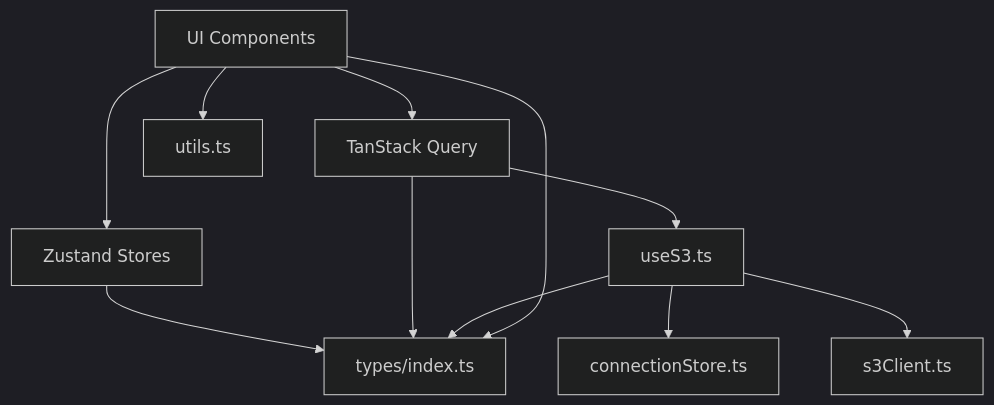
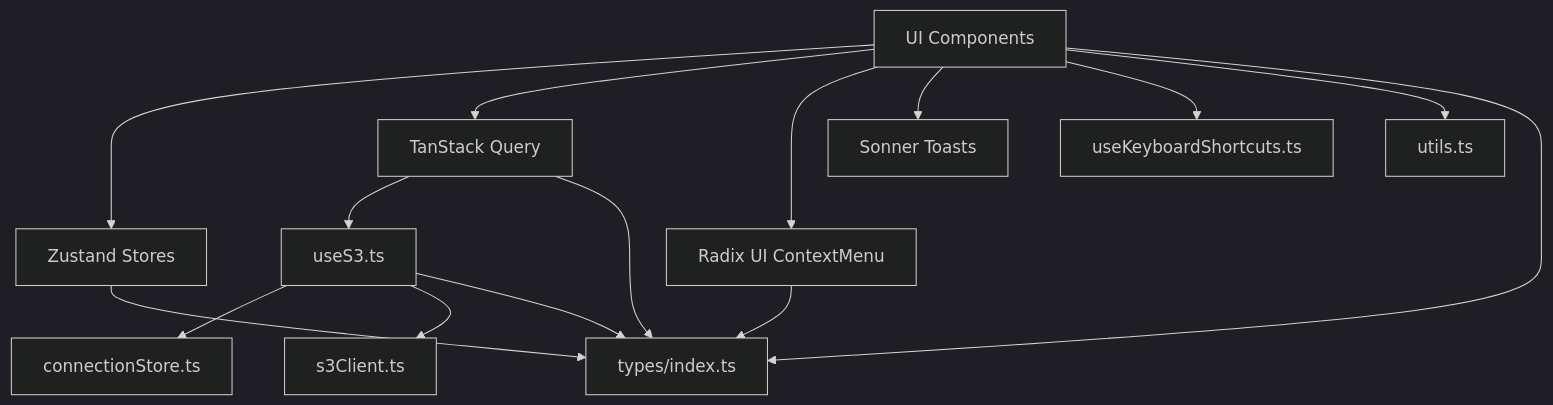
Diagram 15 of 15 in .qoder/repowiki/en/content/Core Features/File Browser Interface.md (nasrulhadi/s3-explorer), drawn with Mermaid (dark theme) before and after one commit. The commit also changed other lines of this file and 44 other files, not shown here.

````diff
--- a/.qoder/repowiki/en/content/Core Features/File Browser Interface.md
+++ b/.qoder/repowiki/en/content/Core Features/File Browser Interface.md
@@ -447,13 +672,17 @@
 ```mermaid
 graph TB
 UI["UI Components"] --> ZS["Zustand Stores"]
 UI --> TQ["TanStack Query"]
+UI --> RadixUI["Radix UI ContextMenu"]
+UI --> Sonner["Sonner Toasts"]
+UI --> KeyboardShortcuts["useKeyboardShortcuts.ts"]
 TQ --> US3["useS3.ts"]
 US3 --> CS["connectionStore.ts"]
 US3 --> SC["s3Client.ts"]
 UI --> UT["utils.ts"]
 ZS --> TY["types/index.ts"]
 TQ --> TY
 US3 --> TY
 UI --> TY
+RadixUI --> TY
 ```
````
